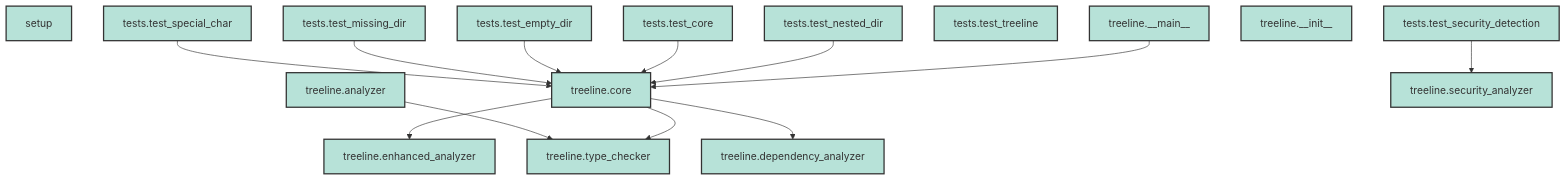
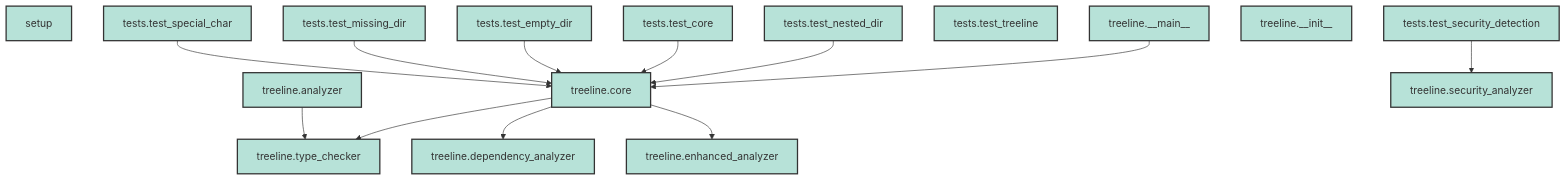
One commit to duriantaco/treeline changed the first of 9 diagrams in docs/tree.md. Above: the diagram before and after it, drawn with Mermaid. The commit also changed other lines of this file and 9 other files, not shown here.

````diff
--- a/docs/tree.md
+++ b/docs/tree.md
@@ -10,35 +10,35 @@
 ```mermaid
 graph TD
 
     %% Styling
     classDef modNode fill:#b7e2d8,stroke:#333,stroke-width:2px
 
     setup["setup"]:::modNode
     tests_test_security_detection["tests.test_security_detection"]:::modNode
     tests_test_special_char["tests.test_special_char"]:::modNode
     tests_test_missing_dir["tests.test_missing_dir"]:::modNode
     tests_test_empty_dir["tests.test_empty_dir"]:::modNode
     tests_test_core["tests.test_core"]:::modNode
     tests_test_treeline["tests.test_treeline"]:::modNode
     tests_test_nested_dir["tests.test_nested_dir"]:::modNode
     treeline_type_checker["treeline.type_checker"]:::modNode
     treeline_dependency_analyzer["treeline.dependency_analyzer"]:::modNode
     treeline_analyzer["treeline.analyzer"]:::modNode
     treeline___init__["treeline.__init__"]:::modNode
     treeline_enhanced_analyzer["treeline.enhanced_analyzer"]:::modNode
     treeline_core["treeline.core"]:::modNode
     treeline_security_analyzer["treeline.security_analyzer"]:::modNode
     treeline___main__["treeline.__main__"]:::modNode
 
     tests_test_security_detection --> treeline_security_analyzer
     tests_test_special_char --> treeline_core
     tests_test_missing_dir --> treeline_core
     tests_test_empty_dir --> treeline_core
     tests_test_core --> treeline_core
     tests_test_nested_dir --> treeline_core
     treeline_analyzer --> treeline_type_checker
-    treeline_core --> treeline_enhanced_analyzer
     treeline_core --> treeline_type_checker
     treeline_core --> treeline_dependency_analyzer
+    treeline_core --> treeline_enhanced_analyzer
     treeline___main__ --> treeline_core
 ```
````
